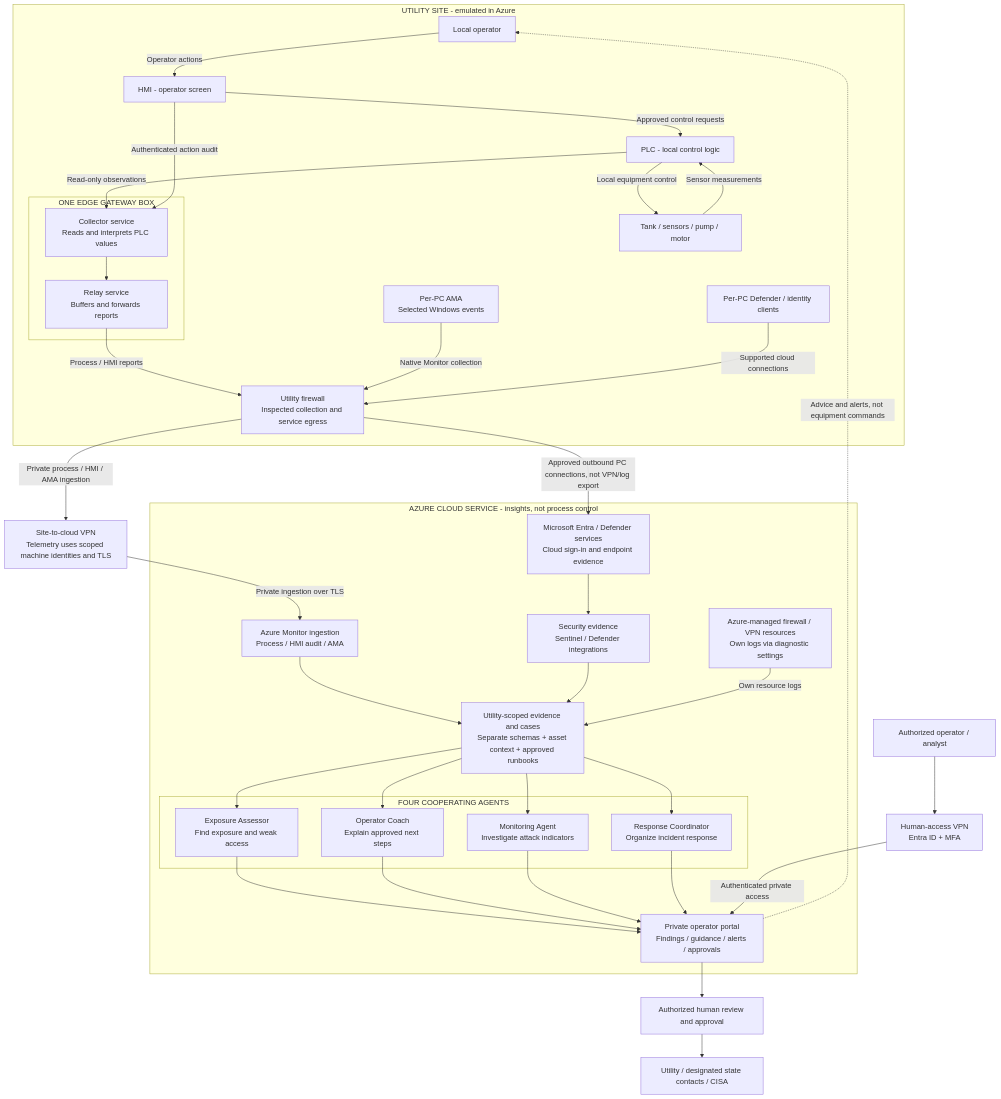
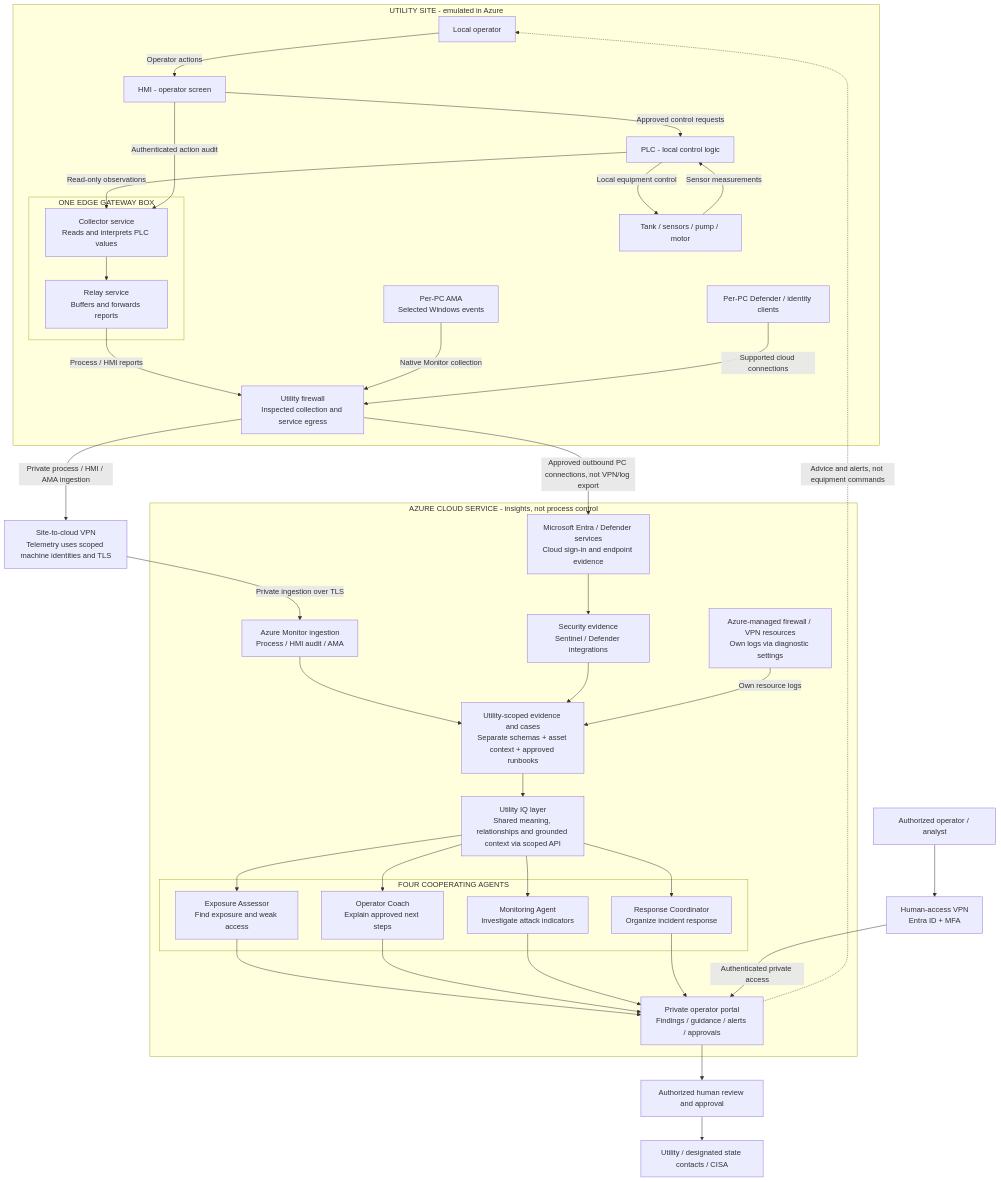
One commit to srvenkatms/WaterSupplyInisghtIQ changed the first of 3 diagrams in docs/target-architecture.md. Above: the diagram before and after it, drawn with Mermaid. The commit also changed other lines of this file and 1 other file, not shown here.

Commit message:
Document data collection, agent audit and reusable Utility IQ layer

````diff
--- a/docs/target-architecture.md
+++ b/docs/target-architecture.md
@@ -42,66 +42,68 @@
 ```mermaid
 flowchart TB
   subgraph UtilityConcept["UTILITY SITE - emulated in Azure"]
     LocalOperator["Local operator"]
     LocalHMI["HMI - operator screen"]
     LocalPLC["PLC - local control logic"]
     Equipment["Tank / sensors / pump / motor"]
     subgraph EdgeConcept["ONE EDGE GATEWAY BOX"]
       ReadCollector["Collector service<br/>Reads and interprets PLC values"]
       ForwardRelay["Relay service<br/>Buffers and forwards reports"]
     end
     HostEvents["Per-PC AMA<br/>Selected Windows events"]
     EndpointClients["Per-PC Defender / identity clients"]
     UtilityFirewall["Utility firewall<br/>Inspected collection and service egress"]
     LocalOperator -->|"Operator actions"| LocalHMI
     LocalHMI -->|"Approved control requests"| LocalPLC
     LocalPLC -->|"Local equipment control"| Equipment
     Equipment -->|"Sensor measurements"| LocalPLC
     LocalPLC -->|"Read-only observations"| ReadCollector
     LocalHMI -->|"Authenticated action audit"| ReadCollector
     ReadCollector --> ForwardRelay
     ForwardRelay -->|"Process / HMI reports"| UtilityFirewall
     HostEvents -->|"Native Monitor collection"| UtilityFirewall
     EndpointClients -->|"Supported cloud connections"| UtilityFirewall
   end
 
   SiteConnection["Site-to-cloud VPN<br/>Telemetry uses scoped machine identities and TLS"]
   RemoteHuman["Authorized operator / analyst"]
   HumanConnection["Human-access VPN<br/>Entra ID + MFA"]
   UtilityFirewall -->|"Private process / HMI / AMA ingestion"| SiteConnection
   RemoteHuman --> HumanConnection
 
   subgraph CloudConcept["AZURE CLOUD SERVICE - insights, not process control"]
     WaterReceiver["Azure Monitor ingestion<br/>Process / HMI audit / AMA"]
     SecurityReceiver["Security evidence<br/>Sentinel / Defender integrations"]
     CloudSecurity["Microsoft Entra / Defender services<br/>Cloud sign-in and endpoint evidence"]
     ResourceDiagnostics["Azure-managed firewall / VPN resources<br/>Own logs via diagnostic settings"]
     EvidenceContext["Utility-scoped evidence and cases<br/>Separate schemas + asset context + approved runbooks"]
+    UtilityIQ["Utility IQ layer<br/>Shared meaning, relationships and grounded context via scoped API"]
     subgraph AgentConcept["FOUR COOPERATING AGENTS"]
       Exposure["Exposure Assessor<br/>Find exposure and weak access"]
       Coach["Operator Coach<br/>Explain approved next steps"]
       Monitor["Monitoring Agent<br/>Investigate attack indicators"]
       Coordinator["Response Coordinator<br/>Organize incident response"]
     end
     PrivatePortal["Private operator portal<br/>Findings / guidance / alerts / approvals"]
     WaterReceiver --> EvidenceContext
     SecurityReceiver --> EvidenceContext
     CloudSecurity --> SecurityReceiver
     ResourceDiagnostics -->|"Own resource logs"| EvidenceContext
-    EvidenceContext --> Exposure
-    EvidenceContext --> Coach
-    EvidenceContext --> Monitor
-    EvidenceContext --> Coordinator
+    EvidenceContext --> UtilityIQ
+    UtilityIQ --> Exposure
+    UtilityIQ --> Coach
+    UtilityIQ --> Monitor
+    UtilityIQ --> Coordinator
     Exposure --> PrivatePortal
     Coach --> PrivatePortal
     Monitor --> PrivatePortal
     Coordinator --> PrivatePortal
   end
 
   SiteConnection -->|"Private ingestion over TLS"| WaterReceiver
   UtilityFirewall -->|"Approved outbound PC connections, not VPN/log export"| CloudSecurity
   HumanConnection -->|"Authenticated private access"| PrivatePortal
   PrivatePortal -.->|"Advice and alerts, not equipment commands"| LocalOperator
   PrivatePortal --> Approval["Authorized human review and approval"]
   Approval --> Contacts["Utility / designated state contacts / CISA"]
 ```
````
